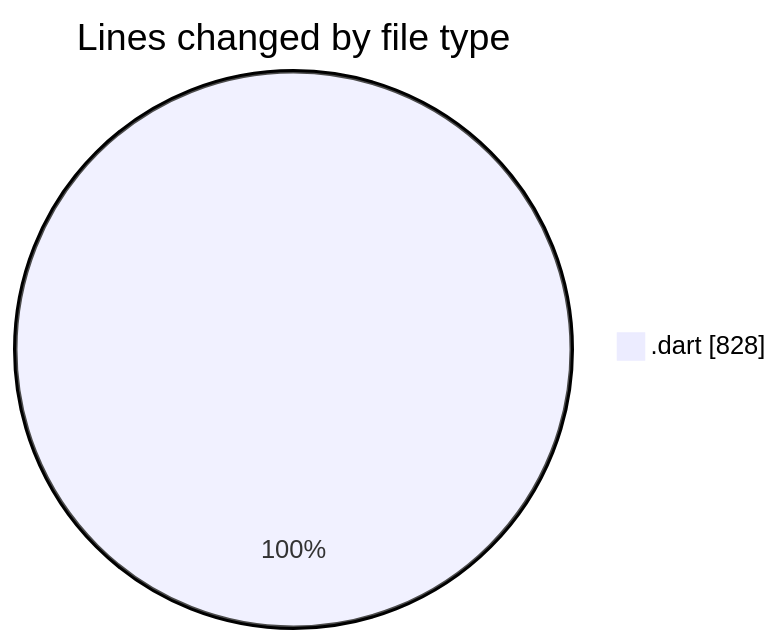
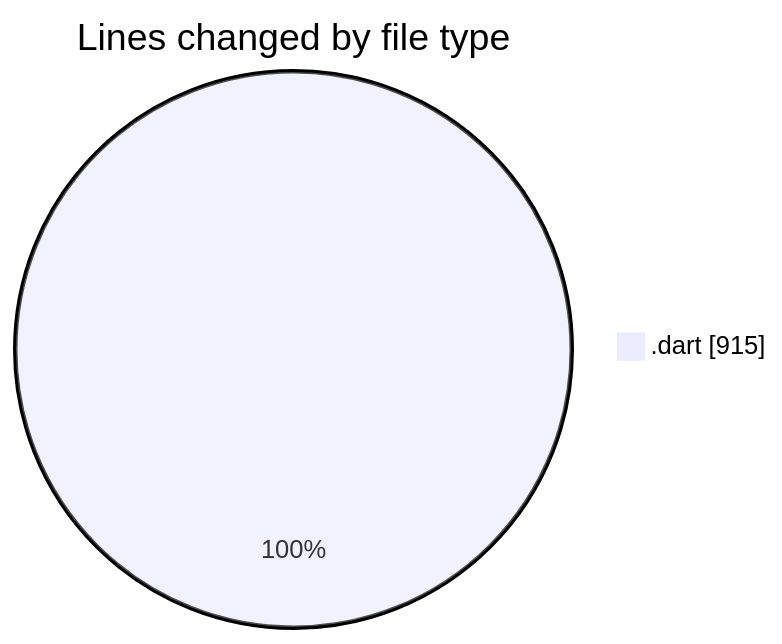
Before and after one commit to donsfak/code-tracking: the first of 2 diagrams in 2025-01-15/trackers_app/README.md, drawn with Mermaid. The commit also changed other lines of this file and 1 other file, not shown here.

````diff
--- a/2025-01-15/trackers_app/README.md
+++ b/2025-01-15/trackers_app/README.md
@@ -24,5 +25,5 @@
 ```mermaid
 pie showData
 title Lines changed by file type
-".dart" : 828
+".dart" : 915
 ```
````
